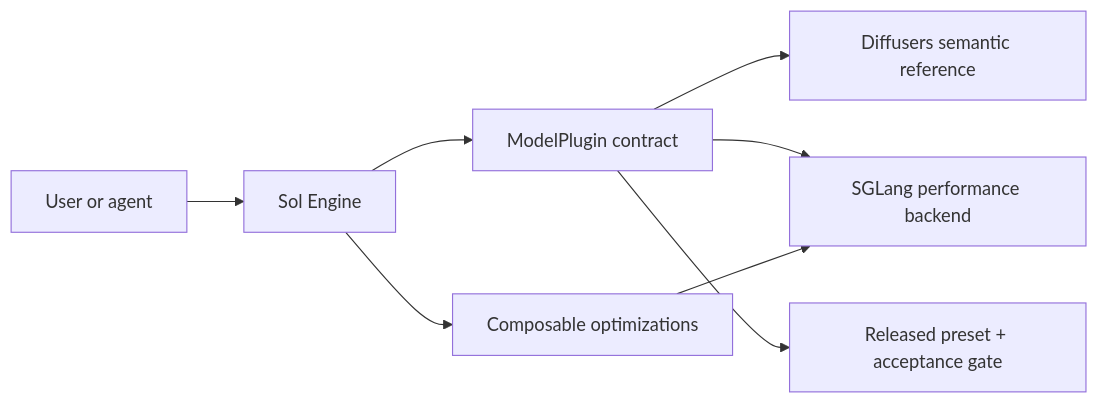
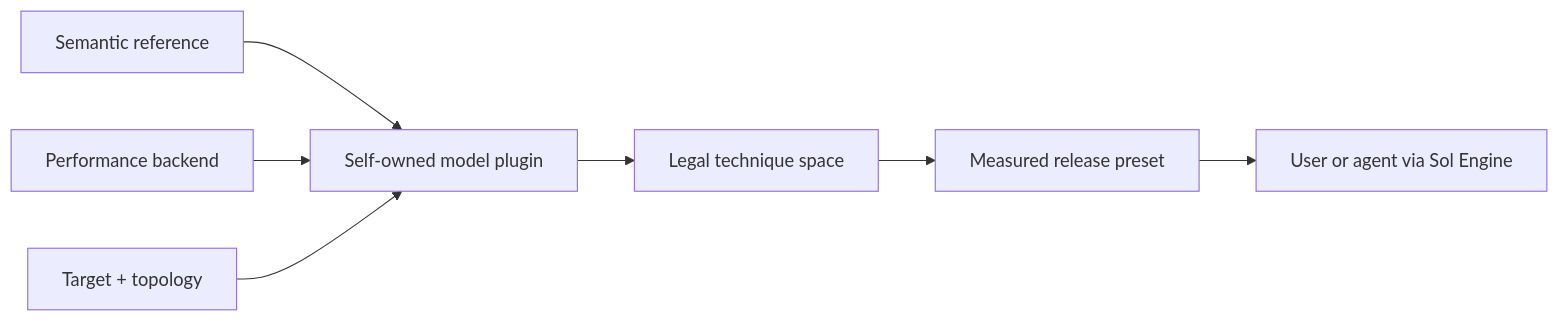
Before and after one commit to hp-l33/Sana: the diagram in README.md, drawn with Mermaid. The commit also changed other lines of this file and 1278 other files, not shown here.

Commit message:
refactor: reset Sol to an adaptation-first blank engine

````diff
--- a/README.md
+++ b/README.md
@@ -105,10 +40,9 @@
 ```mermaid
 flowchart LR
-    U["User or agent"] --> E["Sol Engine"]
-    E --> C["ModelPlugin contract"]
-    C --> D["Diffusers semantic reference"]
-    C --> S["SGLang performance backend"]
-    E --> O["Composable optimizations"]
-    O --> S
-    C --> P["Released preset + acceptance gate"]
+    R["Semantic reference"] --> P["Self-owned model plugin"]
+    B["Performance backend"] --> P
+    T["Target + topology"] --> P
+    P --> S["Legal technique space"]
+    S --> E["Measured release preset"]
+    E --> U["User or agent via Sol Engine"]
 ```
````
